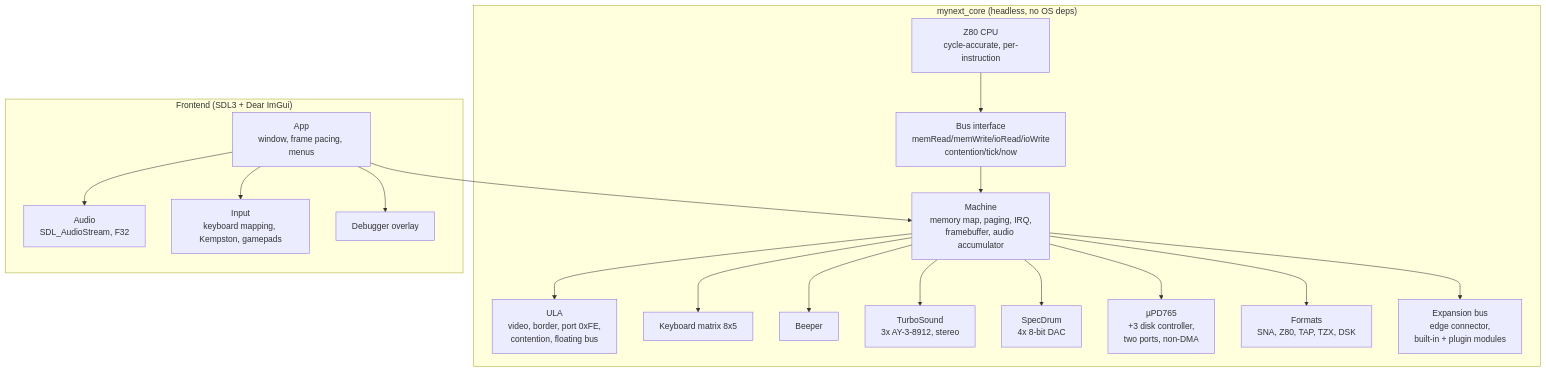
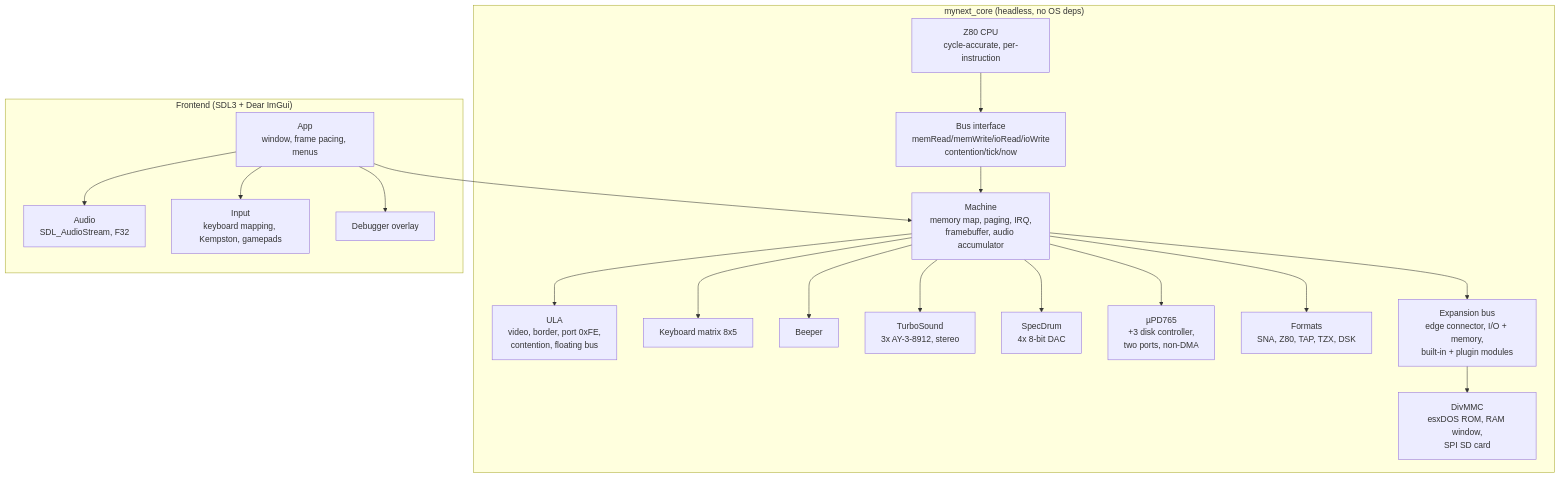
Before and after one commit to DruzhininPavel/RainbowNext: the diagram in docs/ARCHITECTURE.md, drawn with Mermaid. The commit also changed other lines of this file and 19 other files, not shown here.

````diff
--- a/docs/ARCHITECTURE.md
+++ b/docs/ARCHITECTURE.md
@@ -7,38 +7,40 @@
 ```mermaid
 flowchart TD
     subgraph core["mynext_core (headless, no OS deps)"]
         Z80["Z80 CPU<br/>cycle-accurate, per-instruction"]
         BUS["Bus interface<br/>memRead/memWrite/ioRead/ioWrite<br/>contention/tick/now"]
         ULA["ULA<br/>video, border, port 0xFE,<br/>contention, floating bus"]
         KBD["Keyboard matrix 8x5"]
         BEEP["Beeper"]
         MACH["Machine<br/>memory map, paging, IRQ,<br/>framebuffer, audio accumulator"]
         AY["TurboSound<br/>3x AY-3-8912, stereo"]
         DAC["SpecDrum<br/>4x 8-bit DAC"]
         FDC["µPD765<br/>+3 disk controller,<br/>two ports, non-DMA"]
         FMT["Formats<br/>SNA, Z80, TAP, TZX, DSK"]
-        EXP["Expansion bus<br/>edge connector,<br/>built-in + plugin modules"]
+        EXP["Expansion bus<br/>edge connector, I/O + memory,<br/>built-in + plugin modules"]
+        MMC["DivMMC<br/>esxDOS ROM, RAM window,<br/>SPI SD card"]
     end
 
     subgraph host["Frontend (SDL3 + Dear ImGui)"]
         APP["App<br/>window, frame pacing, menus"]
         AUD["Audio<br/>SDL_AudioStream, F32"]
         INP["Input<br/>keyboard mapping, Kempston, gamepads"]
         DBG["Debugger overlay"]
     end
 
     Z80 --> BUS
     BUS --> MACH
     MACH --> ULA
     MACH --> KBD
     MACH --> BEEP
     MACH --> AY
     MACH --> DAC
     MACH --> FDC
     MACH --> FMT
     MACH --> EXP
+    EXP --> MMC
     APP --> MACH
     APP --> AUD
     APP --> INP
     APP --> DBG
 ```
````
